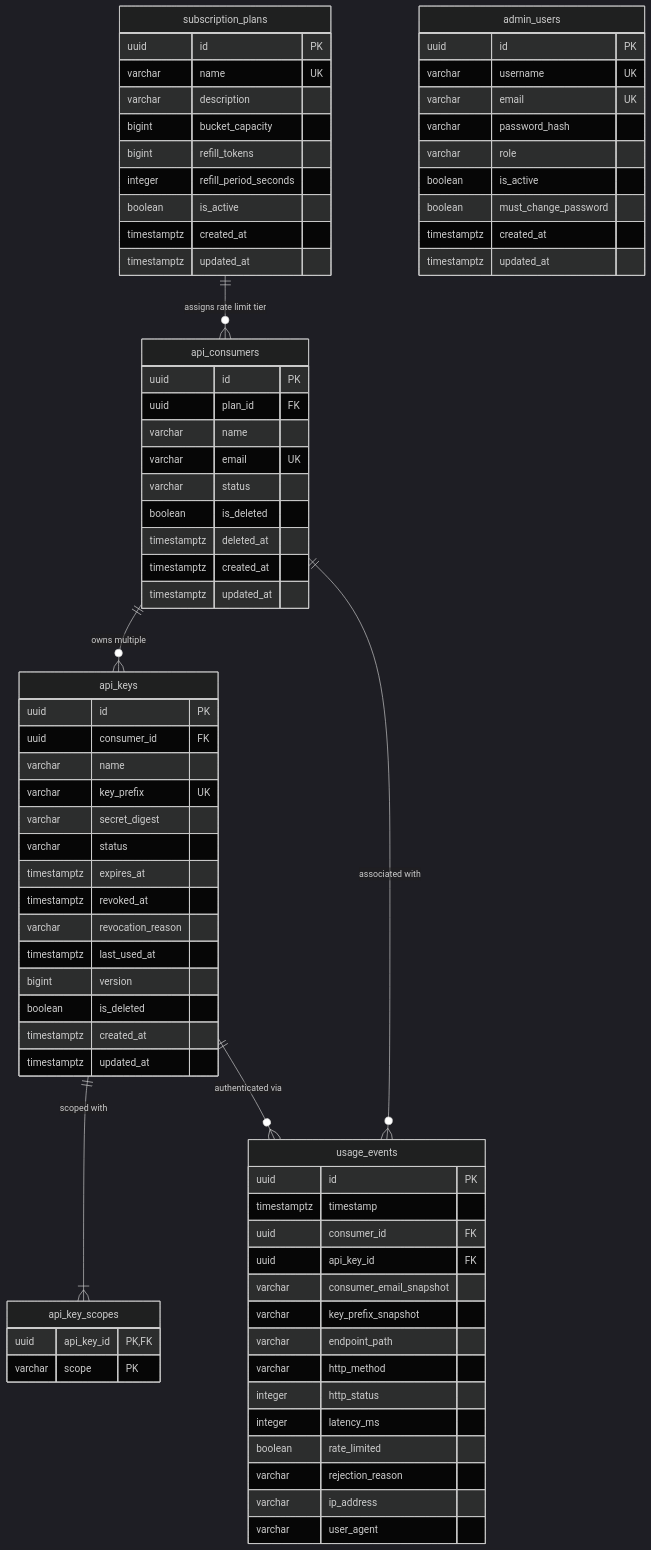
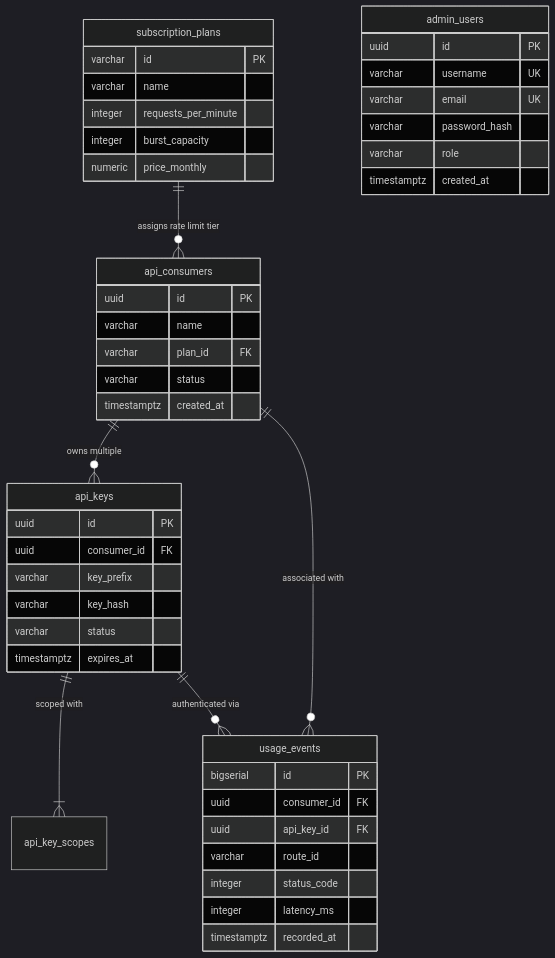
One commit to saipranav22-commits/gatekeeper changed the second of 2 diagrams in README.md. Above: the diagram before and after it, drawn with Mermaid (dark theme). The commit also changed other lines of this file and 14 other files, not shown here.

````diff
--- a/README.md
+++ b/README.md
@@ -60,72 +207,41 @@
         varchar email UK
         varchar password_hash
         varchar role
-        boolean is_active
-        boolean must_change_password
         timestamptz created_at
-        timestamptz updated_at
     }
 
     subscription_plans {
-        uuid id PK
-        varchar name UK
-        varchar description
-        bigint bucket_capacity
-        bigint refill_tokens
-        integer refill_period_seconds
-        boolean is_active
-        timestamptz created_at
-        timestamptz updated_at
+        varchar id PK
+        varchar name
+        integer requests_per_minute
+        integer burst_capacity
+        numeric price_monthly
     }
 
     api_consumers {
         uuid id PK
-        uuid plan_id FK
         varchar name
-        varchar email UK
+        varchar plan_id FK
         varchar status
-        boolean is_deleted
-        timestamptz deleted_at
         timestamptz created_at
-        timestamptz updated_at
     }
 
     api_keys {
         uuid id PK
         uuid consumer_id FK
-        varchar name
-        varchar key_prefix UK
-        varchar secret_digest
+        varchar key_prefix
+        varchar key_hash
         varchar status
         timestamptz expires_at
-        timestamptz revoked_at
-        varchar revocation_reason
-        timestamptz last_used_at
-        bigint version
-        boolean is_deleted
-        timestamptz created_at
-        timestamptz updated_at
-    }
-
-    api_key_scopes {
-        uuid api_key_id PK, FK
-        varchar scope PK
     }
 
     usage_events {
-        uuid id PK
-        timestamptz timestamp
+        bigserial id PK
         uuid consumer_id FK
         uuid api_key_id FK
-        varchar consumer_email_snapshot
-        varchar key_prefix_snapshot
-        varchar endpoint_path
-        varchar http_method
-        integer http_status
+        varchar route_id
+        integer status_code
         integer latency_ms
-        boolean rate_limited
-        varchar rejection_reason
-        varchar ip_address
-        varchar user_agent
+        timestamptz recorded_at
     }
 ```
````
